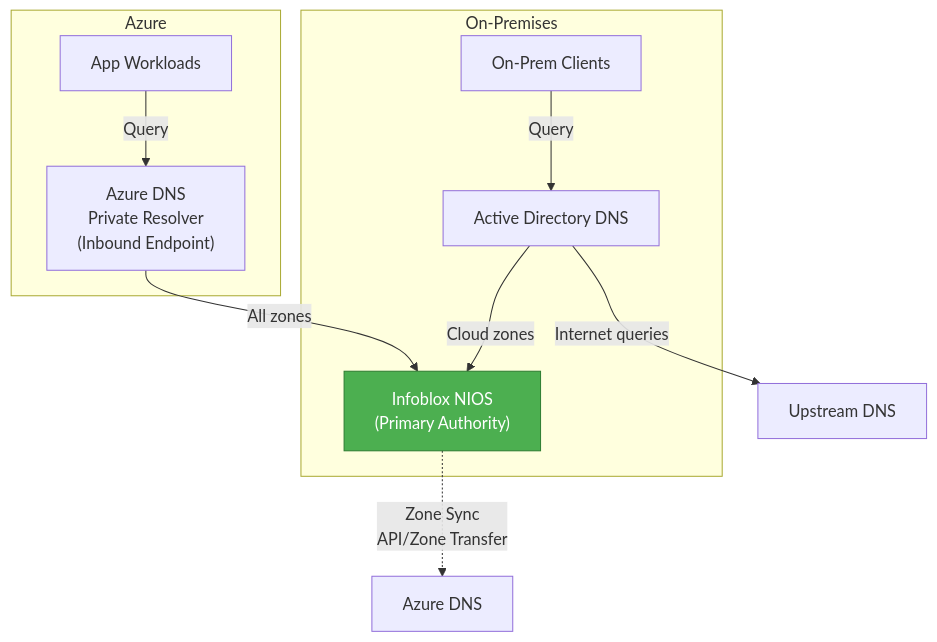
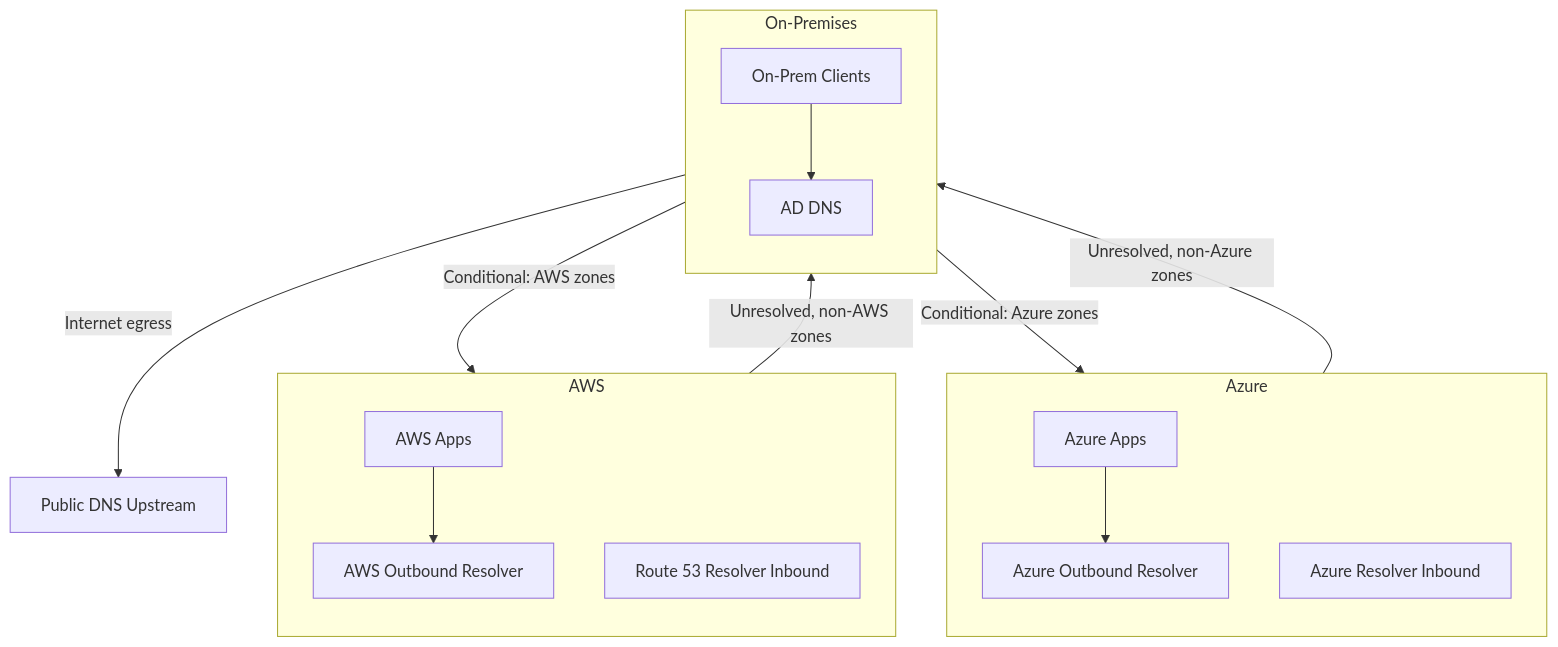
The first of 3 diagrams in blog/hybrid-cloud-dns-infoblox.md (simonpainter/www.simonpainter.com), drawn with Mermaid before and after one commit. The commit also changed other lines of this file, not shown here.

Commit message:
fixed the mermaid

````diff
--- a/blog/hybrid-cloud-dns-infoblox.md
+++ b/blog/hybrid-cloud-dns-infoblox.md
@@ -152,22 +140,34 @@
 ```mermaid
-graph TB
-    subgraph "On-Premises"
-        ADBX["Active Directory DNS"]
-        INFOX["Infoblox NIOS<br/>(Primary Authority)"]
-        clients["On-Prem Clients"]
-        clients -->|Query| ADBX
-        ADBX -->|Cloud zones| INFOX
+flowchart TB
+    subgraph Azure["Azure"]
+        direction TB
+        AZWorkload["Azure Apps"]
+        AZOut["Azure Outbound Resolver"]
+        AZIn["Azure Resolver Inbound"]
     end
-    
-    subgraph "Azure"
-        AppX["App Workloads"]
-        resolverX["Azure DNS<br/>Private Resolver<br/>(Inbound Endpoint)"]
-        AppX -->|Query| resolverX
-        resolverX -->|All zones| INFOX
+
+    subgraph AWS["AWS"]
+        direction TB
+        AWSWorkload["AWS Apps"]
+        AWSOut["AWS Outbound Resolver"]
+        AWSIn["Route 53 Resolver Inbound"]
     end
-    
-    ADBX -->|Internet queries| internet["Upstream DNS"]
-    INFOX -.->|Zone Sync<br/>API/Zone Transfer| AzureDNS["Azure DNS"]
-    
-    style INFOX fill:#4CAF50,stroke:#2E7D32,color:#fff
+
+    subgraph OnPrem["On-Premises"]
+        direction TB
+        OPClient["On-Prem Clients"]
+        AD["AD DNS"]
+    end
+
+    Internet["Public DNS Upstream"]
+
+
+    OPClient --> AD
+    AZWorkload --> AZOut
+    AWSWorkload --> AWSOut
+    AZOut -->|Unresolved, non-Azure zones| AD
+    AWSOut -->|Unresolved, non-AWS zones| AD
+    AD -->|Conditional: Azure zones| AZIn
+    AD -->|Conditional: AWS zones| AWSIn
+    AD -->|Internet egress| Internet
 ```
````
